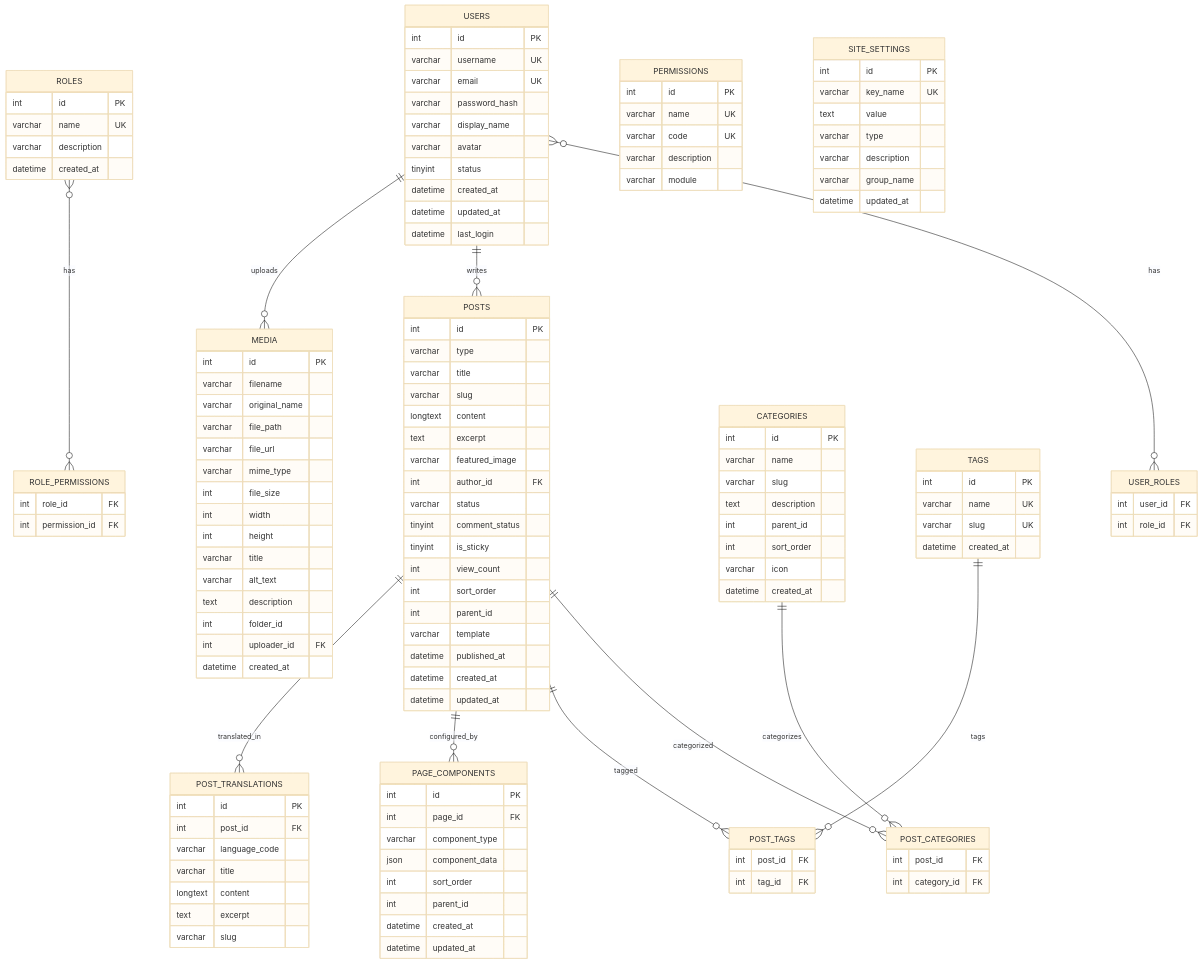
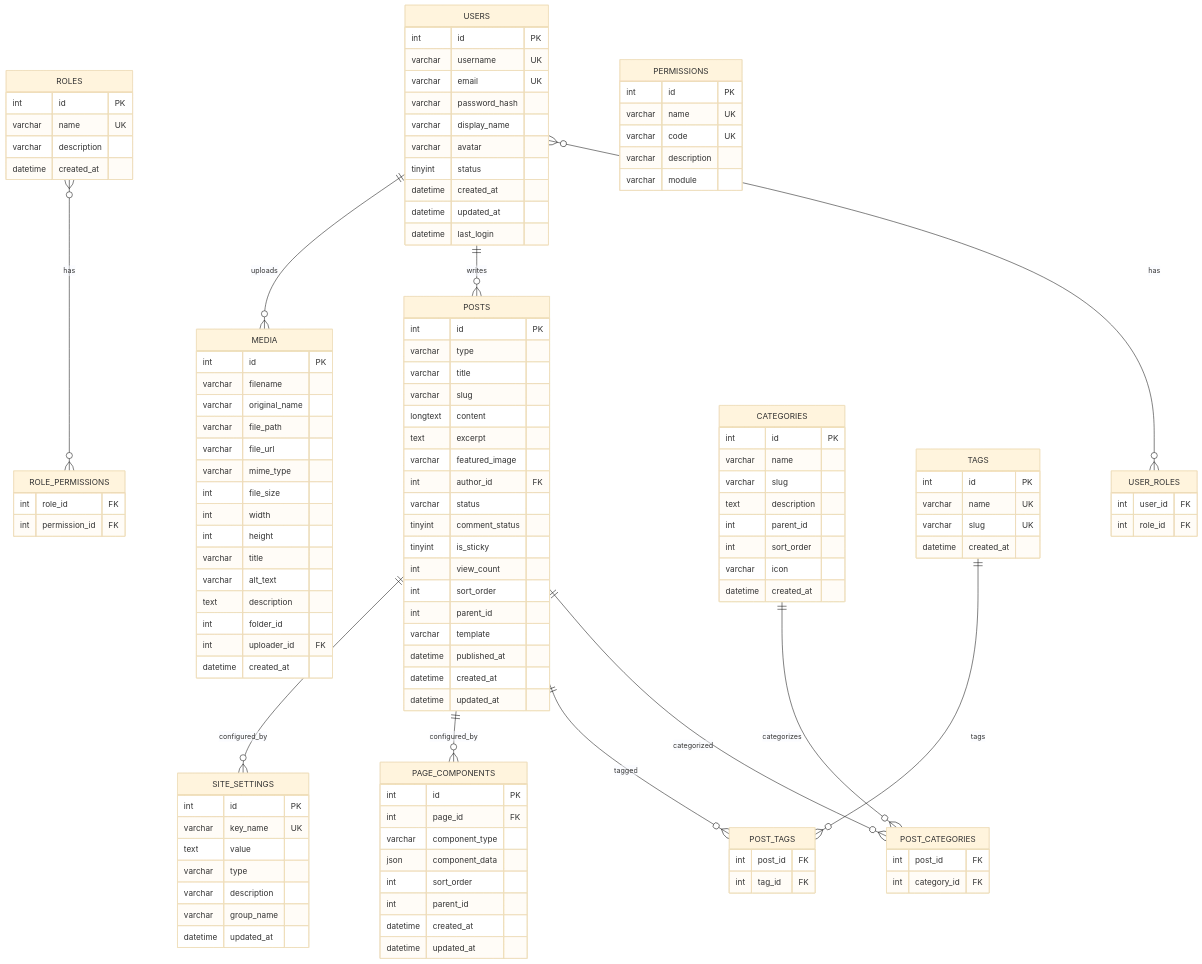
One commit to wyg5208/website_diy changed the fourth of 6 diagrams in .qoder/repowiki/zh/content/项目实施计划/项目开发阶段/开发实施阶段.md. Above: the diagram before and after it, drawn with Mermaid (base theme). The commit also changed other lines of this file and 43 other files, not shown here.

````diff
--- a/.qoder/repowiki/zh/content/项目实施计划/项目开发阶段/开发实施阶段.md
+++ b/.qoder/repowiki/zh/content/项目实施计划/项目开发阶段/开发实施阶段.md
@@ -300,15 +445,6 @@
 varchar group_name
 datetime updated_at
 }
-POST_TRANSLATIONS {
-int id PK
-int post_id FK
-varchar language_code
-varchar title
-longtext content
-text excerpt
-varchar slug
-}
 USERS }o--o{ USER_ROLES : "has"
 ROLES }o--o{ ROLE_PERMISSIONS : "has"
 USERS ||--o{ POSTS : "writes"
@@ -318,5 +454,5 @@
 POSTS ||--o{ POST_TAGS : "tagged"
 TAGS ||--o{ POST_TAGS : "tags"
 POSTS ||--o{ PAGE_COMPONENTS : "configured_by"
-POSTS ||--o{ POST_TRANSLATIONS : "translated_in"
+POSTS ||--o{ SITE_SETTINGS : "configured_by"
 ```
````
